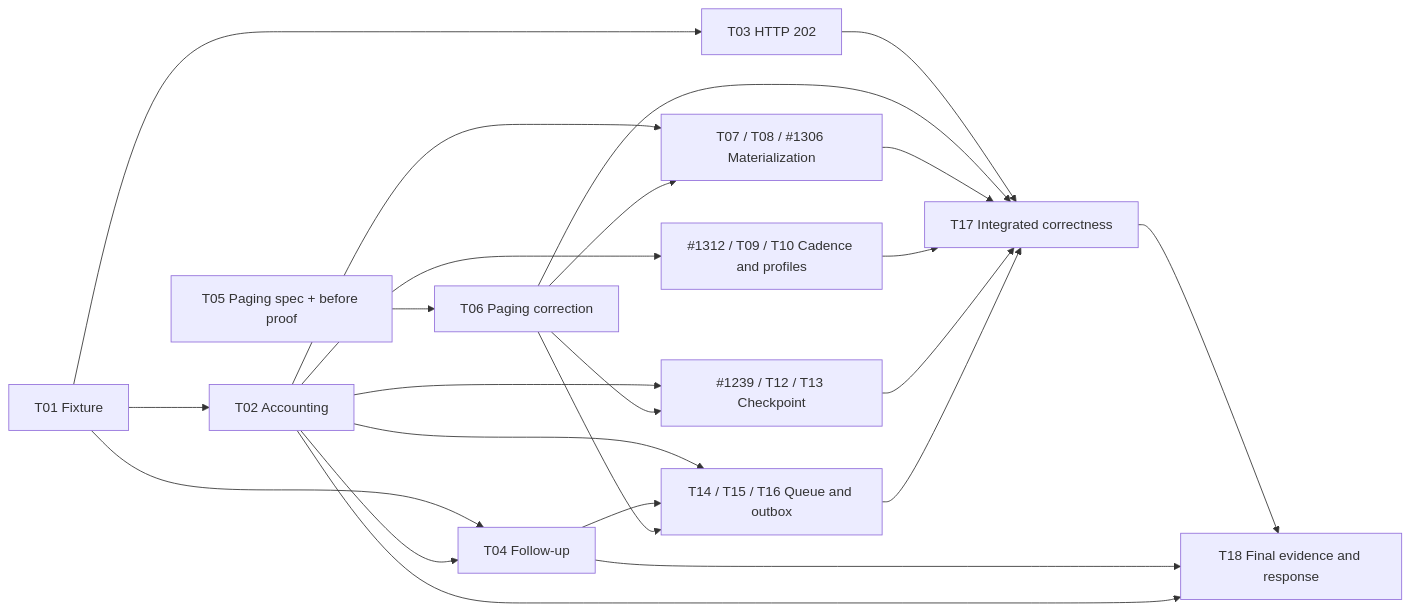
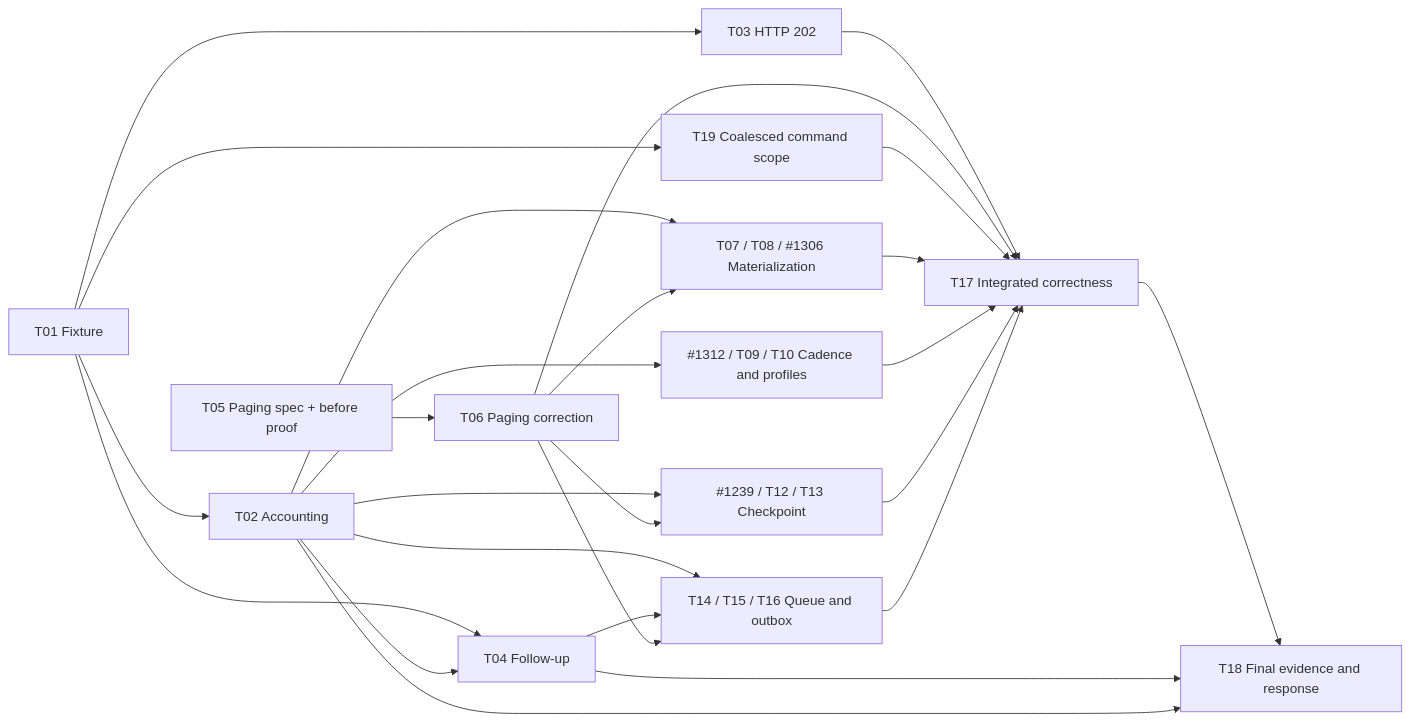
One commit to elsa-workflows/elsa-foundation changed the diagram in docs/plans/runtime-db-access-program.md. Above: the diagram before and after it, drawn with Mermaid. The commit also changed other lines of this file and 1 other file, not shown here.

````diff
--- a/docs/plans/runtime-db-access-program.md
+++ b/docs/plans/runtime-db-access-program.md
@@ -74,25 +74,27 @@
 ```mermaid
 flowchart LR
   T01["T01 Fixture"] --> T02["T02 Accounting"]
   T01 --> T03["T03 HTTP 202"]
+  T01 --> T19["T19 Coalesced command scope"]
   T01 --> T04["T04 Follow-up"]
   T02 --> T04
   T05["T05 Paging spec + before proof"] --> T06["T06 Paging correction"]
   T02 --> MAT["T07 / T08 / #1306 Materialization"]
   T06 --> MAT
   T02 --> CAD["#1312 / T09 / T10 Cadence and profiles"]
   T02 --> CP["#1239 / T12 / T13 Checkpoint"]
   T06 --> CP
   T02 --> Q["T14 / T15 / T16 Queue and outbox"]
   T04 --> Q
   T06 --> Q
   T03 --> T17["T17 Integrated correctness"]
   T06 --> T17
+  T19 --> T17
   MAT --> T17
   CAD --> T17
   CP --> T17
   Q --> T17
   T17 --> T18["T18 Final evidence and response"]
   T04 --> T18
   T02 --> T18
 ```
````
